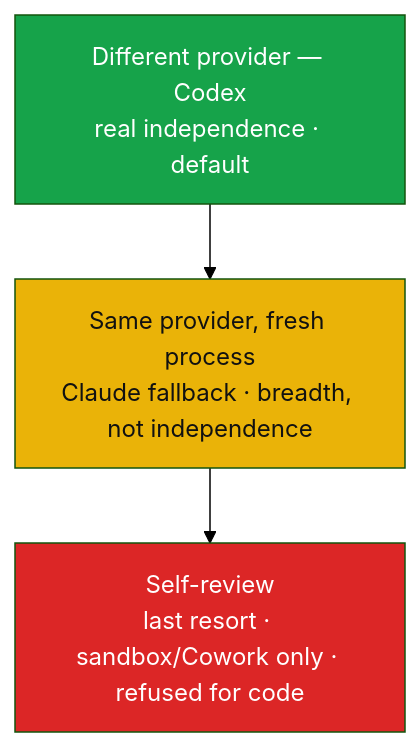
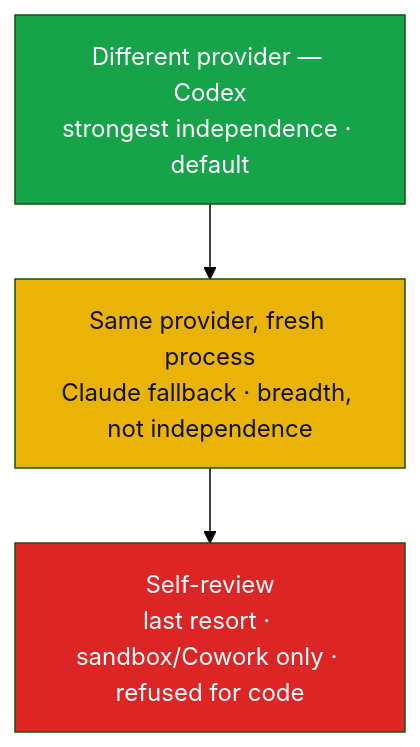
The second of 2 diagrams in README.md (windaddict/impasse), drawn with Mermaid (forest theme) before and after one commit. The commit also changed other lines of this file, not shown here.

````diff
--- a/README.md
+++ b/README.md
@@ -215,8 +241,8 @@
 ```mermaid
 flowchart TB
-    B1["Different provider — Codex<br/>real independence · default"] --> B2["Same provider, fresh process<br/>Claude fallback · breadth, not independence"]
+    B1["Different provider — Codex<br/>strongest independence · default"] --> B2["Same provider, fresh process<br/>Claude fallback · breadth, not independence"]
     B2 --> B3["Self-review<br/>last resort · sandbox/Cowork only · refused for code"]
     style B1 fill:#16a34a,color:#fff
     style B2 fill:#eab308,color:#111
     style B3 fill:#dc2626,color:#fff
 ```
````
